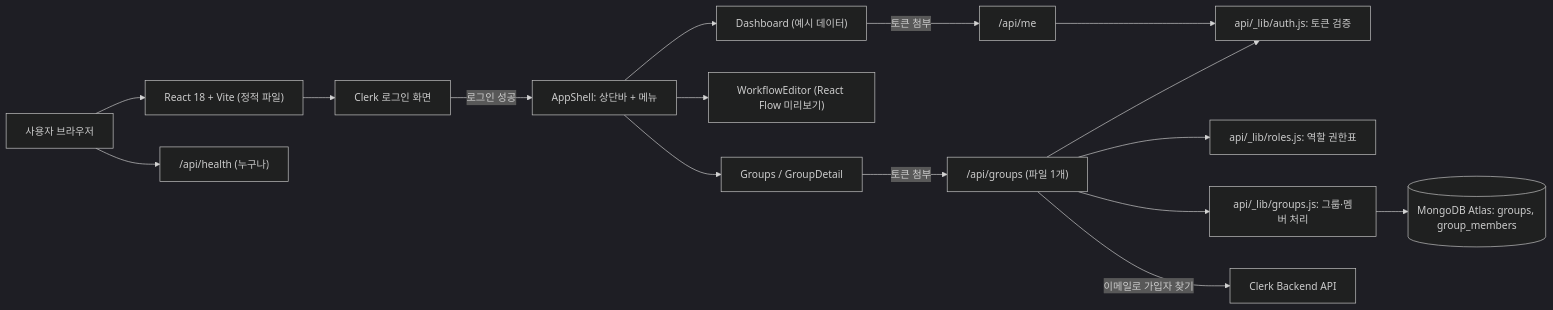
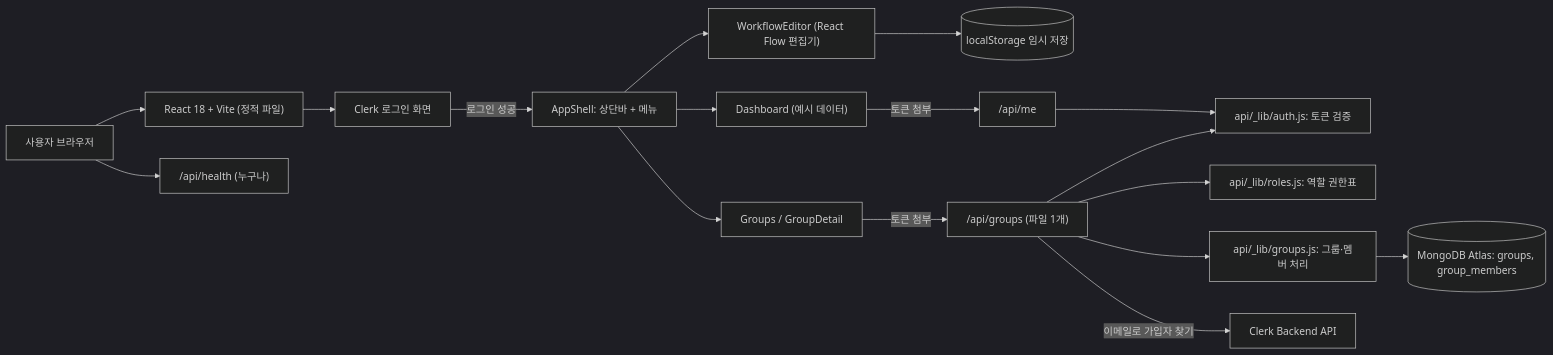
The diagram in docs/ARCHITECTURE.md (jeong-jihyun/flowbuilder), drawn with Mermaid (dark theme) before and after one commit. The commit also changed other lines of this file and 14 other files, not shown here.

First line of the commit message:
4단계: Workflow 편집기 (React Flow)

````diff
--- a/docs/ARCHITECTURE.md
+++ b/docs/ARCHITECTURE.md
@@ -8,18 +8,19 @@
 ```mermaid
 flowchart LR
     USER["사용자 브라우저"] --> FRONT["React 18 + Vite (정적 파일)"]
     FRONT --> CLERK["Clerk 로그인 화면"]
     CLERK -->|로그인 성공| SHELL["AppShell: 상단바 + 메뉴"]
     SHELL --> DASH["Dashboard (예시 데이터)"]
-    SHELL --> EDITOR["WorkflowEditor (React Flow 미리보기)"]
+    SHELL --> EDITOR["WorkflowEditor (React Flow 편집기)"]
+    EDITOR --> DRAFT[("localStorage 임시 저장")]
     USER --> API["/api/health (누구나)"]
     DASH -->|토큰 첨부| ME["/api/me"]
     ME --> AUTH["api/_lib/auth.js: 토큰 검증"]
     SHELL --> GROUPS["Groups / GroupDetail"]
     GROUPS -->|토큰 첨부| GAPI["/api/groups (파일 1개)"]
     GAPI --> AUTH
     GAPI --> RBAC["api/_lib/roles.js: 역할 권한표"]
     GAPI --> SVC["api/_lib/groups.js: 그룹·멤버 처리"]
     SVC --> DB[("MongoDB Atlas: groups, group_members")]
     GAPI -->|이메일로 가입자 찾기| CLERKAPI["Clerk Backend API"]
 ```
````
